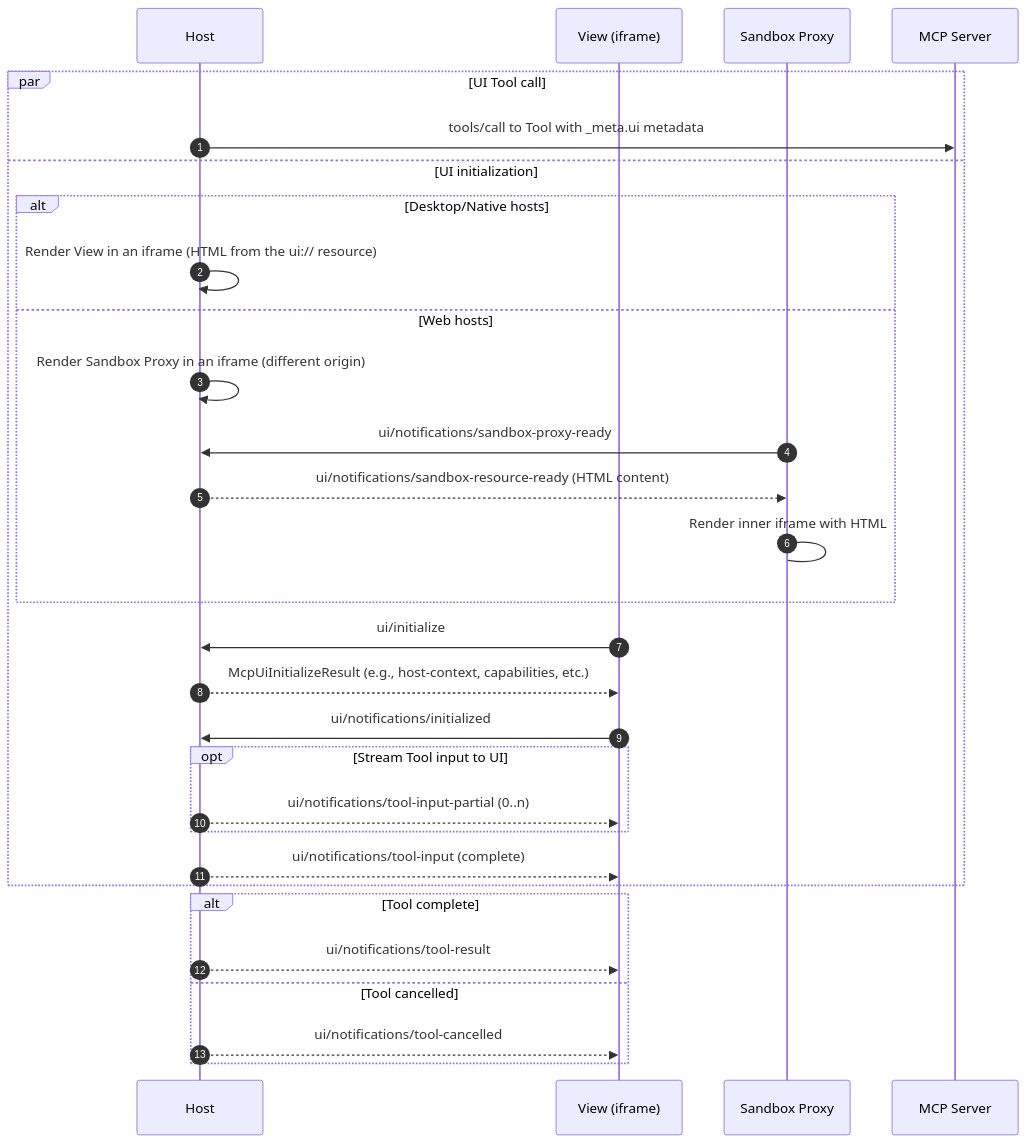
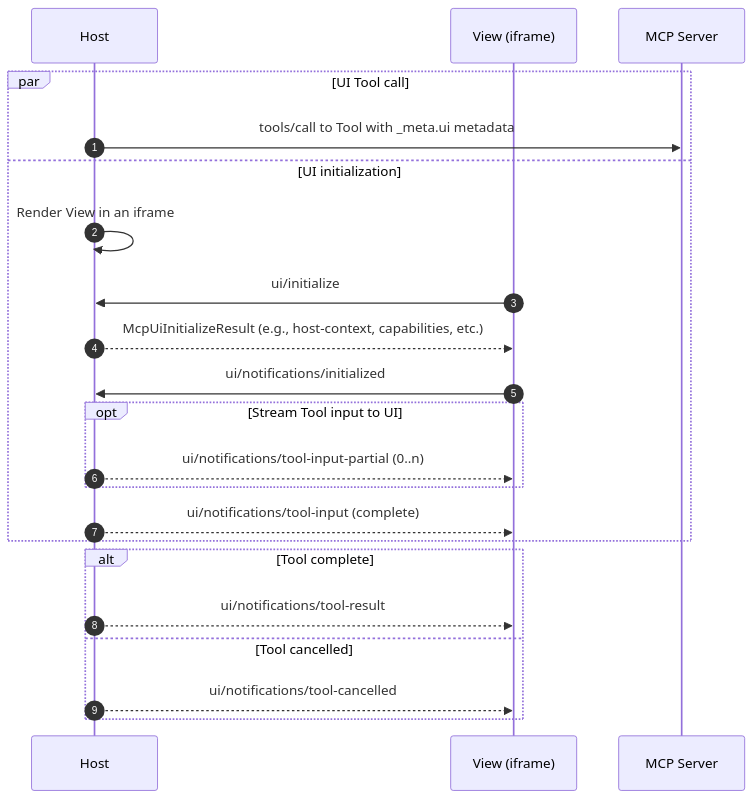
Before and after one commit to modelcontextprotocol/ext-apps: the second of 4 diagrams in specification/draft/apps.mdx, drawn with Mermaid. The commit also changed other lines of this file, not shown here.

First line of the commit message:
Relax iframe architecture requirements

````diff
--- a/specification/draft/apps.mdx
+++ b/specification/draft/apps.mdx
@@ -1531,34 +1586,25 @@
 ```mermaid
 sequenceDiagram
   participant H as Host
   participant UI as View (iframe)
-  participant P as Sandbox Proxy
   participant S as MCP Server
 
   autonumber
   par UI Tool call
     H ->> S: tools/call to Tool with _meta.ui metadata
   and UI initialization
-    alt Desktop/Native hosts
-      H ->> H: Render View in an iframe (HTML from the ui:// resource)
-    else Web hosts
-      H ->> H: Render Sandbox Proxy in an iframe (different origin)
-      P ->> H: ui/notifications/sandbox-proxy-ready
-      H -->> P: ui/notifications/sandbox-resource-ready (HTML content)
-      P -> P: Render inner iframe with HTML
-
-    end
+    H ->> H: Render View in an iframe
     UI ->> H: ui/initialize
     H -->> UI: McpUiInitializeResult (e.g., host-context, capabilities, etc.)
     UI ->> H: ui/notifications/initialized
     opt Stream Tool input to UI
       H -->> UI: ui/notifications/tool-input-partial (0..n)
     end
     H -->> UI: ui/notifications/tool-input (complete)
   end
   alt Tool complete
     H -->> UI: ui/notifications/tool-result
   else Tool cancelled
     H -->> UI: ui/notifications/tool-cancelled
   end
 ```
````
